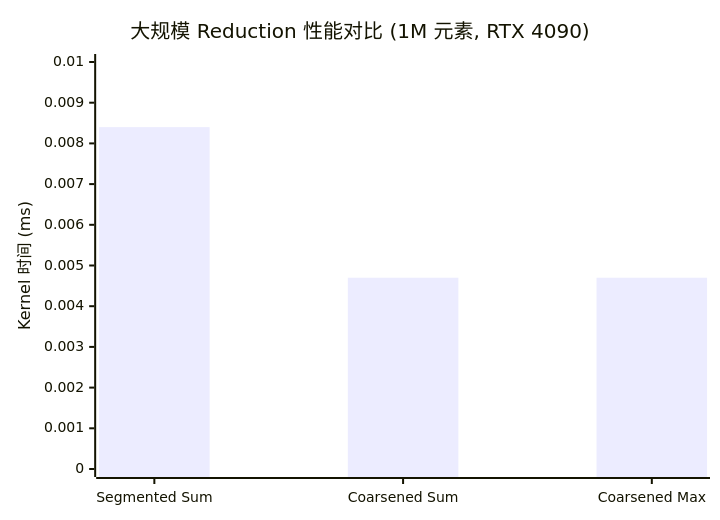
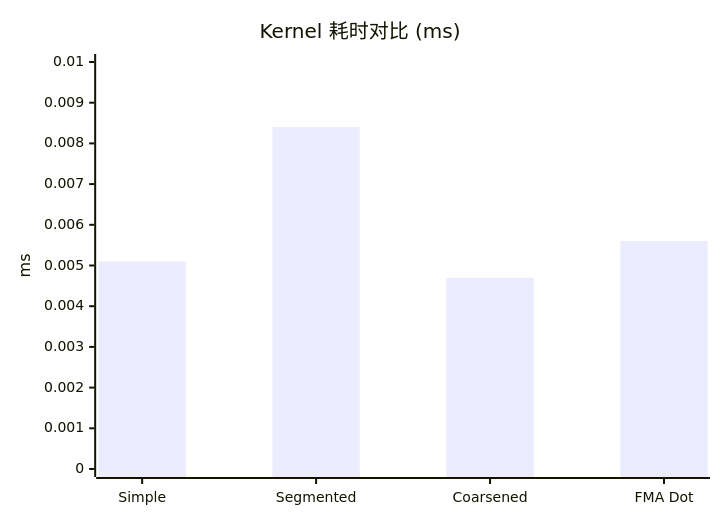
One commit to psmarter/CUDA-Practice changed the diagram in Blogs/02_Reduction_Tree_Algo_and_Coarsening.md. Above: the diagram before and after it, drawn with Mermaid. The commit also changed other lines of this file and 28 other files, not shown here.

````diff
--- a/Blogs/02_Reduction_Tree_Algo_and_Coarsening.md
+++ b/Blogs/02_Reduction_Tree_Algo_and_Coarsening.md
@@ -194,7 +159,7 @@
 ```mermaid
 xychart-beta
-  title "大规模 Reduction 性能对比 (1M 元素, RTX 4090)"
-  x-axis ["Segmented Sum", "Coarsened Sum", "Coarsened Max"]
-  y-axis "Kernel 时间 (ms)" 0 --> 0.01
-  bar [0.0084, 0.0047, 0.0047]
+  title "Kernel 耗时对比 (ms)"
+  x-axis ["Simple", "Segmented", "Coarsened", "FMA Dot"]
+  y-axis "ms" 0 --> 0.01
+  bar [0.0051, 0.0084, 0.0047, 0.0056]
 ```
````
